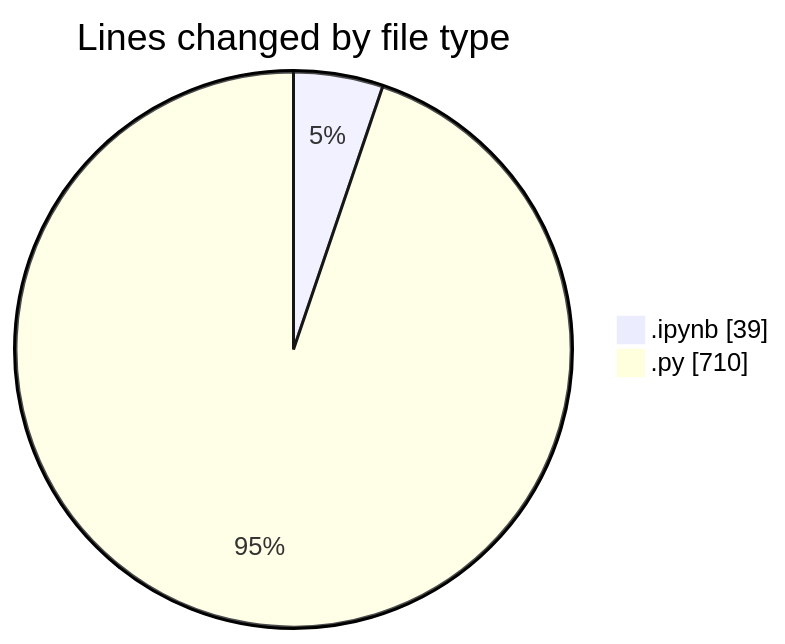
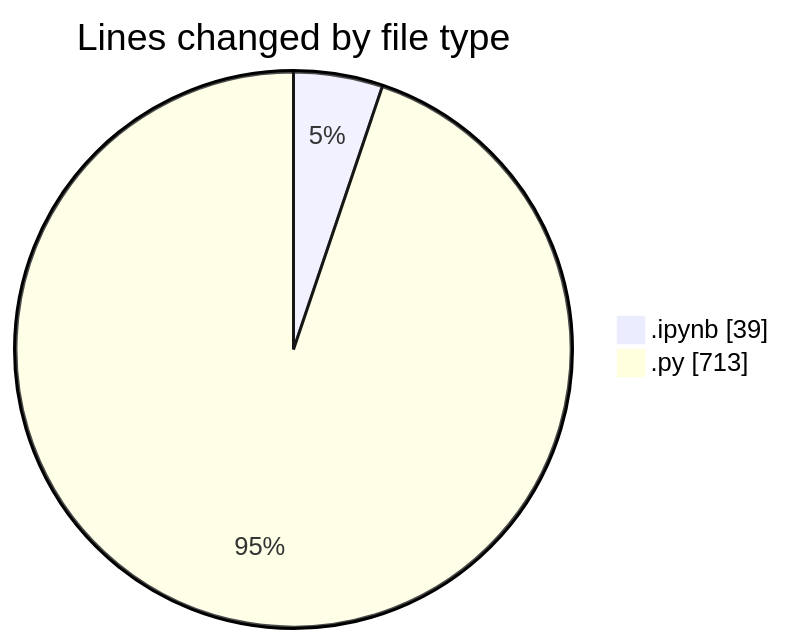
Before and after one commit to MatusMokan/code-tracking: the first of 2 diagrams in 2025-03-15/myws__workspace_/README.md, drawn with Mermaid. The commit also changed other lines of this file and 1 other file, not shown here.

````diff
--- a/2025-03-15/myws__workspace_/README.md
+++ b/2025-03-15/myws__workspace_/README.md
@@ -21,6 +21,6 @@
 ```mermaid
 pie showData
 title Lines changed by file type
 ".ipynb" : 39
-".py" : 710
+".py" : 713
 ```
````
